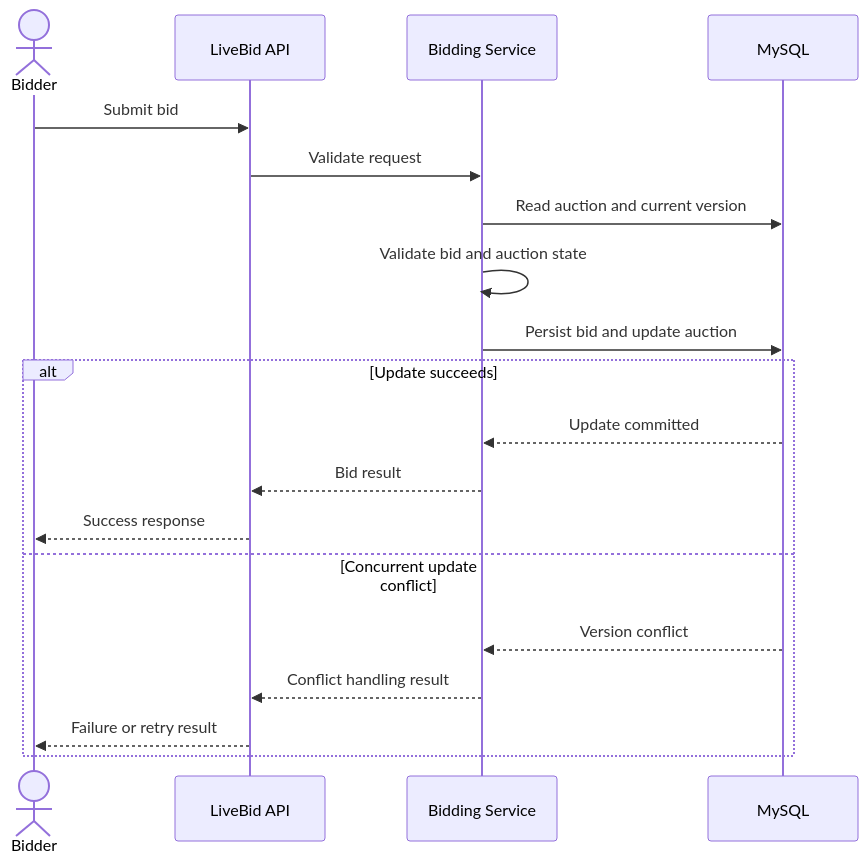
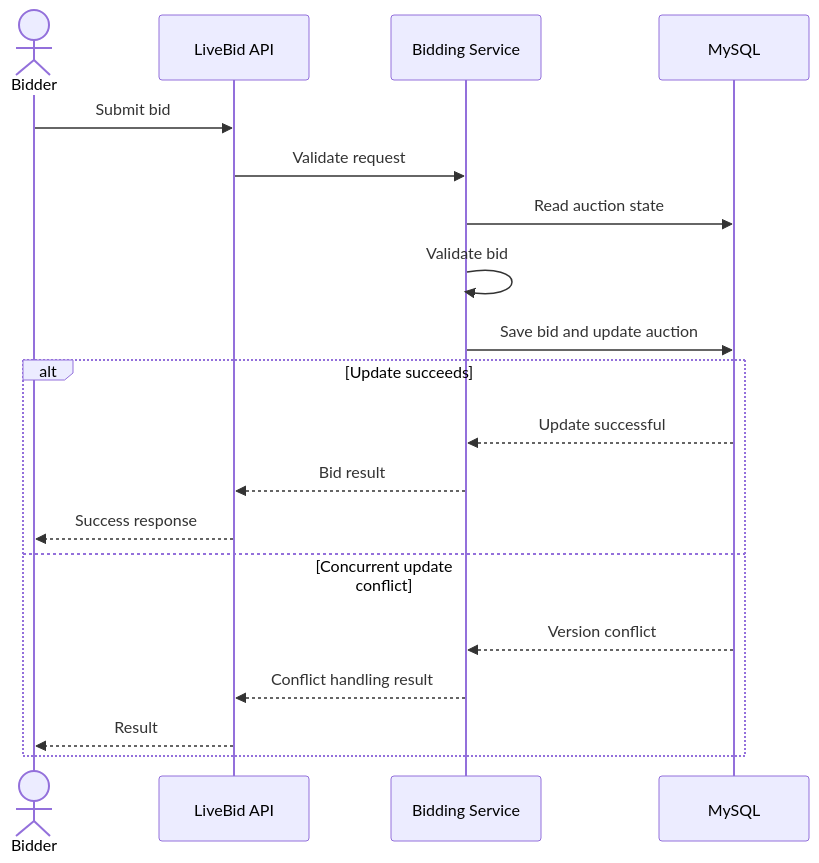
The second of 2 diagrams in README.md (sujithakrishna/livebid-springboot-auction-system), drawn with Mermaid before and after one commit. The commit also changed other lines of this file, not shown here.

````diff
--- a/README.md
+++ b/README.md
@@ -129,22 +130,22 @@
 ```mermaid
 sequenceDiagram
     actor Bidder
     participant API as LiveBid API
     participant Service as Bidding Service
     participant DB as MySQL
 
     Bidder->>API: Submit bid
     API->>Service: Validate request
-    Service->>DB: Read auction and current version
-    Service->>Service: Validate bid and auction state
-    Service->>DB: Persist bid and update auction
+    Service->>DB: Read auction state
+    Service->>Service: Validate bid
+    Service->>DB: Save bid and update auction
     alt Update succeeds
-        DB-->>Service: Update committed
+        DB-->>Service: Update successful
         Service-->>API: Bid result
         API-->>Bidder: Success response
     else Concurrent update conflict
         DB-->>Service: Version conflict
         Service-->>API: Conflict handling result
-        API-->>Bidder: Failure or retry result
+        API-->>Bidder: Result
     end
 ```
````
